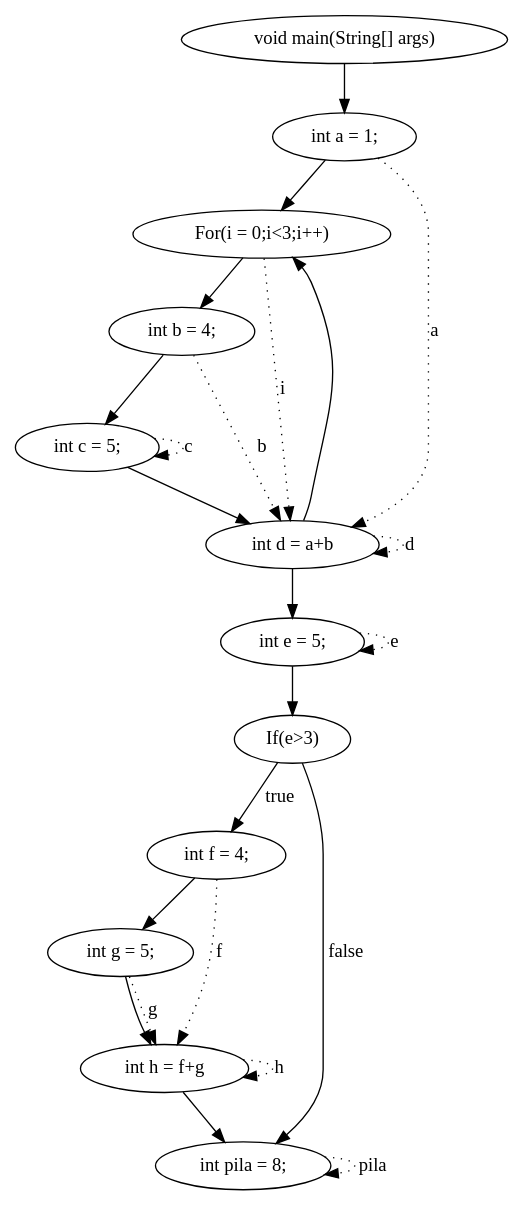
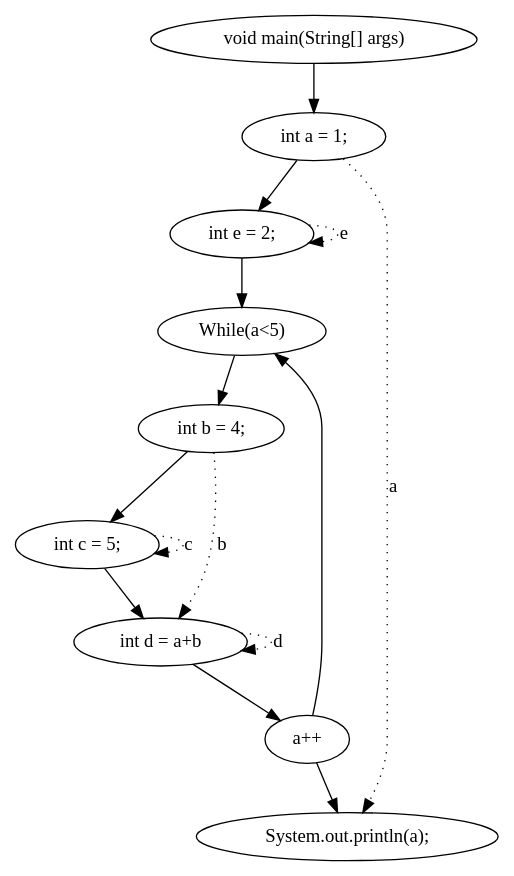
Before and after one commit to joaocarduarte/COMP: the diagram in dotfile.dot, drawn with Graphviz. The commit also changed 4 other files, not shown here.

```diff
--- a/dotfile.dot
+++ b/dotfile.dot
@@ -1,19 +1,10 @@
 digraph graphname{
-"void main(String[] args)" -> "int a = 1;" -> "For(i = 0;i<3;i++)"
-"For(i = 0;i<3;i++)" -> "int b = 4;" -> "int c = 5;" -> "int d = a+b" -> "int e = 5;"
-"int d = a+b" -> "For(i = 0;i<3;i++)"
-"For(i = 0;i<3;i++)" -> "int d = a+b"[label="i" style="dotted"]
-"int e = 5;" -> "If(e>3)"
-"If(e>3)" -> "int f = 4;"[label="true"]
-"int f = 4;" -> "int g = 5;"->"int h = f+g" -> "int pila = 8;"
-"If(e>3)" -> "int pila = 8;"[label="false"]
-"int pila = 8;""int a = 1;" -> "int d = a+b"[label="a" style="dotted"]
+"void main(String[] args)" -> "int a = 1;" -> "int e = 2;" -> "While(a<5)"
+"While(a<5)" -> "int b = 4;" -> "int c = 5;" -> "int d = a+b" -> "a++" -> "System.out.println(a);"
+"a++" -> "While(a<5)"
+"System.out.println(a);""int a = 1;" -> "System.out.println(a);"[label="a" style="dotted"]
 "int b = 4;" -> "int d = a+b"[label="b" style="dotted"]
 "int c = 5;" -> "int c = 5;"[label="c" style="dotted"]
 "int d = a+b" -> "int d = a+b"[label="d" style="dotted"]
-"int e = 5;" -> "int e = 5;"[label="e" style="dotted"]
-"int f = 4;" -> "int h = f+g"[label="f" style="dotted"]
-"int g = 5;" -> "int h = f+g"[label="g" style="dotted"]
-"int h = f+g" -> "int h = f+g"[label="h" style="dotted"]
-"int pila = 8;" -> "int pila = 8;"[label="pila" style="dotted"]
+"int e = 2;" -> "int e = 2;"[label="e" style="dotted"]
 }
```
